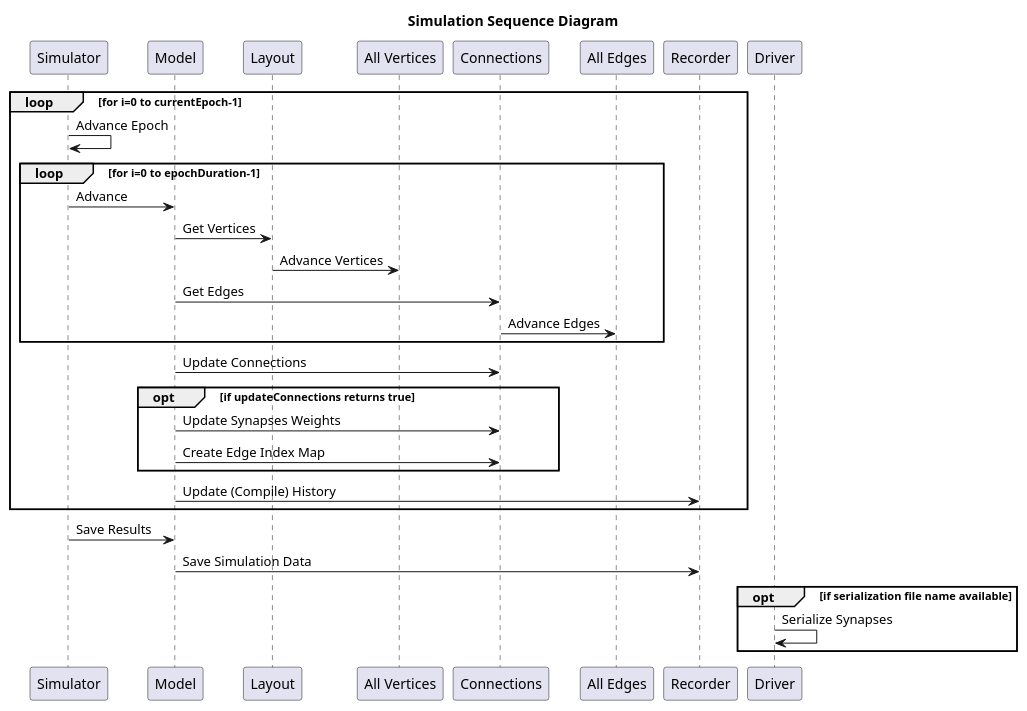
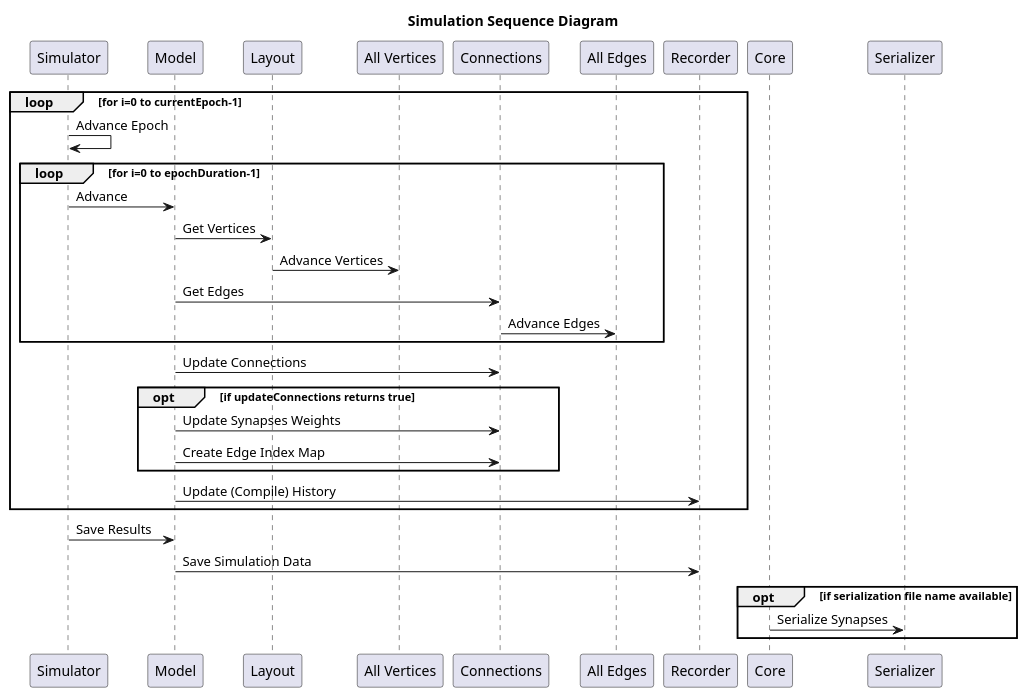
The diagram in docs/Developer/SequenceDiagrams/simulatorSimulate.puml (UWB-Biocomputing/Graphitti), drawn with PlantUML before and after one commit. The commit also changed 6 other files, not shown here.

Commit message:
Update Driver.cpp refernces to Core.cpp

```diff
--- a/docs/Developer/SequenceDiagrams/simulatorSimulate.puml
+++ b/docs/Developer/SequenceDiagrams/simulatorSimulate.puml
@@ -1,28 +1,28 @@
 @startuml simulatorSimulate
 
 title Simulation Sequence Diagram
 
 loop for i=0 to currentEpoch-1
     Simulator -> Simulator: Advance Epoch
     loop for i=0 to epochDuration-1
         Simulator -> Model: Advance
         Model -> Layout: Get Vertices 
         Layout -> "All Vertices": Advance Vertices
         Model -> Connections: Get Edges
         Connections -> "All Edges": Advance Edges
     end
     Model -> Connections: Update Connections
     opt if updateConnections returns true
         Model -> Connections: Update Synapses Weights
         Model -> Connections: Create Edge Index Map
     end
     Model->Recorder: Update (Compile) History
 end
 
 Simulator -> Model: Save Results
 Model -> Recorder: Save Simulation Data
 opt if serialization file name available 
-    Driver -> Driver: Serialize Synapses
+    Core -> Serializer: Serialize Synapses
 end
 
 @enduml
```
